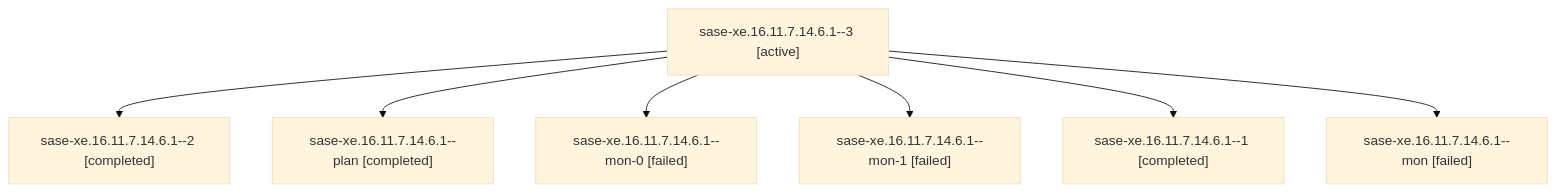
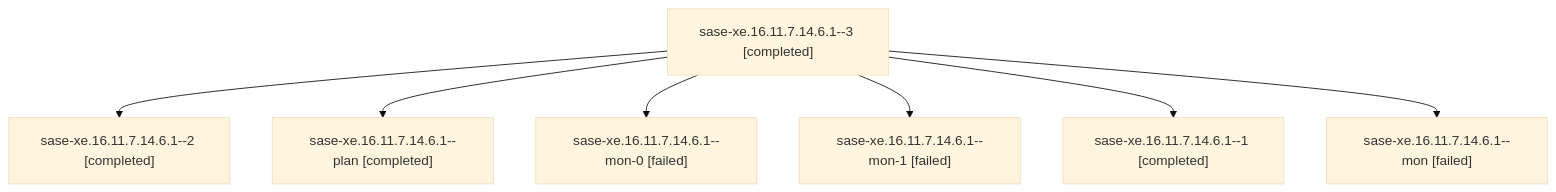
Before and after one commit to sase-org/sase--agents: the diagram in families/bbugyi200.athena.sase-xe.16.11.7.14.6.1.md, drawn with Mermaid (base theme). The commit also changed other lines of this file and 208 other files, not shown here.

````diff
--- a/families/bbugyi200.athena.sase-xe.16.11.7.14.6.1.md
+++ b/families/bbugyi200.athena.sase-xe.16.11.7.14.6.1.md
@@ -9,16 +9,16 @@
 ```mermaid
 flowchart TD
-  n0["sase-xe.16.11.7.14.6.1--3 [active]"]
+  n0["sase-xe.16.11.7.14.6.1--3 [completed]"]
   n1["sase-xe.16.11.7.14.6.1--2 [completed]"]
   n0 --> n1
   n2["sase-xe.16.11.7.14.6.1--plan [completed]"]
   n0 --> n2
   n3["sase-xe.16.11.7.14.6.1--mon-0 [failed]"]
   n0 --> n3
   n4["sase-xe.16.11.7.14.6.1--mon-1 [failed]"]
   n0 --> n4
   n5["sase-xe.16.11.7.14.6.1--1 [completed]"]
   n0 --> n5
   n6["sase-xe.16.11.7.14.6.1--mon [failed]"]
   n0 --> n6
 ```
````
